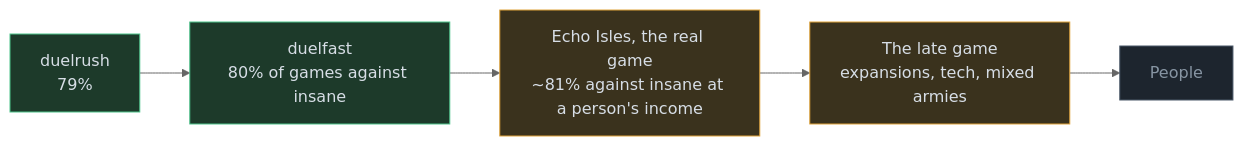
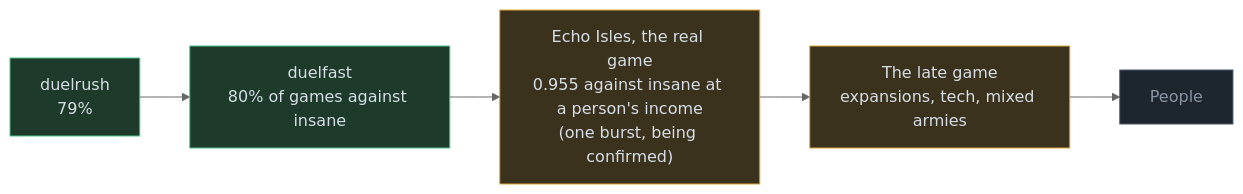
One commit to RobinKa/warcraftsim changed the diagram in docs/road-to-the-real-game.md. Above: the diagram before and after it, drawn with Mermaid (neutral theme). The commit also changed other lines of this file and 9 other files, not shown here.

````diff
--- a/docs/road-to-the-real-game.md
+++ b/docs/road-to-the-real-game.md
@@ -5,10 +5,10 @@
 ```mermaid
 flowchart LR
   A["duelrush<br/>79%"]:::done --> B["duelfast<br/>80% of games against insane"]:::done
-  B --> D["Echo Isles, the real game<br/>~81% against insane at a person's income"]:::now
+  B --> D["Echo Isles, the real game<br/>0.955 against insane at a person's income<br/>(one burst, being confirmed)"]:::now
   D --> G["The late game<br/>expansions, tech, mixed armies"]:::now
   G --> P["People"]:::todo
   classDef done fill:#1d3a2a,stroke:#4cc38a,color:#d7dee6
   classDef now fill:#3a321d,stroke:#e0a33a,color:#d7dee6
   classDef todo fill:#1d252e,stroke:#4a5868,color:#8795a3
 ```
````
